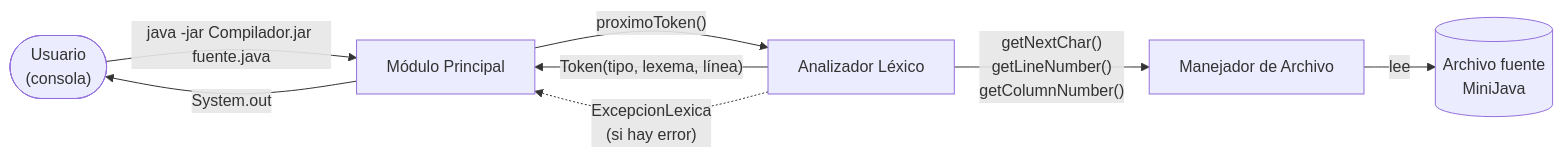
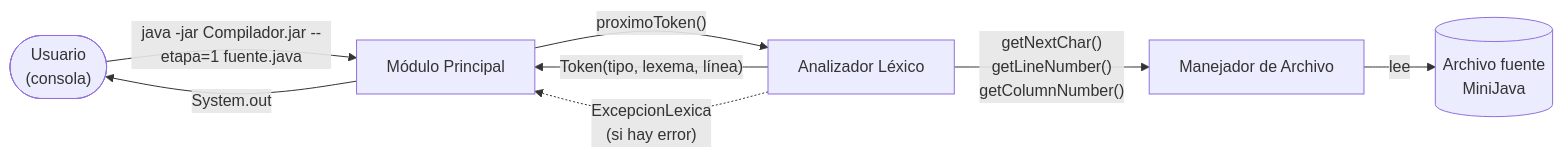
The second of 4 diagrams in documentacion/lexico/arquitectura-del-analizador-lexico.md (agustinpaul0/Proyecto-CEI), drawn with Mermaid before and after one commit. The commit also changed other lines of this file and 5000 other files, not shown here.

````diff
--- a/documentacion/lexico/arquitectura-del-analizador-lexico.md
+++ b/documentacion/lexico/arquitectura-del-analizador-lexico.md
@@ -37,10 +37,10 @@
 ```mermaid
 flowchart LR
-    Usuario(["Usuario<br/>(consola)"]) -->|"java -jar Compilador.jar fuente.java"| MP[Módulo Principal]
+    Usuario(["Usuario<br/>(consola)"]) -->|"java -jar Compilador.jar --etapa=1 fuente.java"| MP[Módulo Principal]
     MP -->|"proximoToken()"| AL[Analizador Léxico]
     AL -->|"getNextChar()<br/>getLineNumber()<br/>getColumnNumber()"| MA[Manejador de Archivo]
     MA -->|lee| Fuente[("Archivo fuente<br/>MiniJava")]
     AL -->|"Token(tipo, lexema, línea)"| MP
     AL -.->|"ExcepcionLexica<br/>(si hay error)"| MP
     MP -->|"System.out"| Usuario
 ```
````
